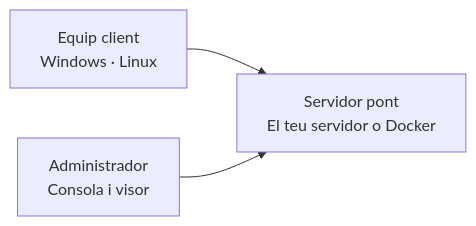
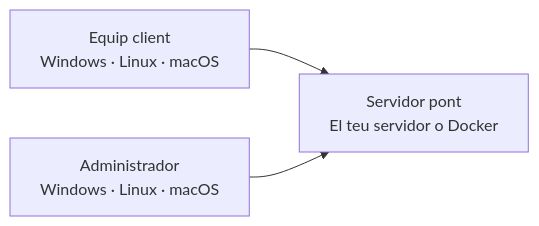
One commit to jaanque/Gecko changed the diagram in README.md. Above: the diagram before and after it, drawn with Mermaid. The commit also changed other lines of this file and 12 other files, not shown here.

````diff
--- a/README.md
+++ b/README.md
@@ -34,5 +35,5 @@
 ```mermaid
 flowchart LR
-    C["Equip client<br/>Windows · Linux"] --> R["Servidor pont<br/>El teu servidor o Docker"]
-    A["Administrador<br/>Consola i visor"] --> R
+    C["Equip client<br/>Windows · Linux · macOS"] --> R["Servidor pont<br/>El teu servidor o Docker"]
+    A["Administrador<br/>Windows · Linux · macOS"] --> R
 ```
````
